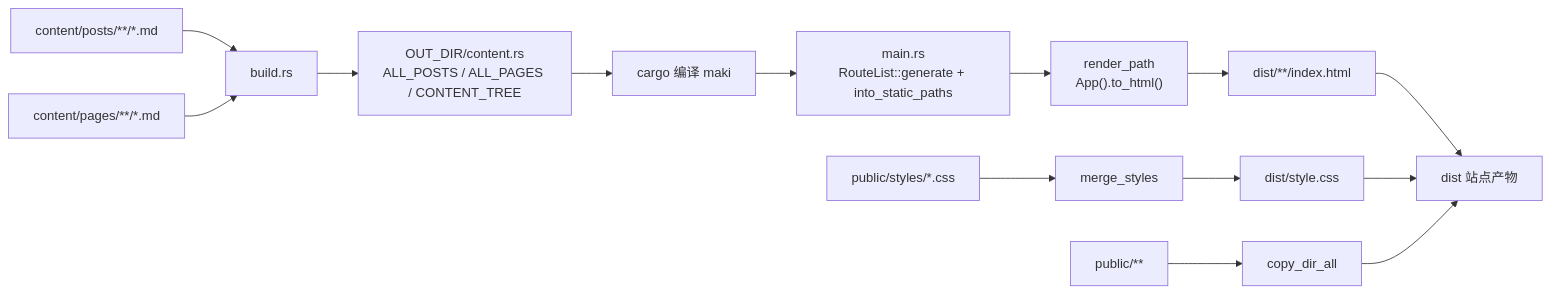
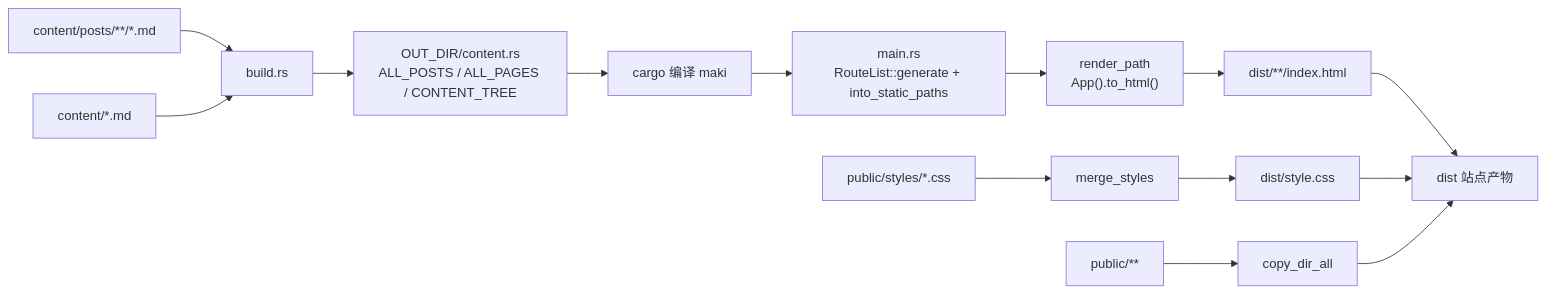
Before and after one commit to RandomLemon/maki: the diagram in docs/architecture.md, drawn with Mermaid. The commit also changed other lines of this file and 9 other files, not shown here.

First line of the commit message:
refactor: scan static pages from content root

````diff
--- a/docs/architecture.md
+++ b/docs/architecture.md
@@ -7,16 +7,16 @@
 ```mermaid
 flowchart LR
     A["content/posts/**/*.md"] --> B[build.rs]
-    C["content/pages/**/*.md"] --> B
+    C["content/*.md"] --> B
     B --> D["OUT_DIR/content.rs<br/>ALL_POSTS / ALL_PAGES / CONTENT_TREE"]
     D --> E[cargo 编译 maki]
     E --> F["main.rs<br/>RouteList::generate + into_static_paths"]
     F --> G["render_path<br/>App().to_html()"]
     G --> H["dist/**/index.html"]
     I["public/styles/*.css"] --> J[merge_styles]
     J --> K["dist/style.css"]
     L["public/**"] --> M[copy_dir_all]
     H --> N[dist 站点产物]
     K --> N
     M --> N
 ```
````
